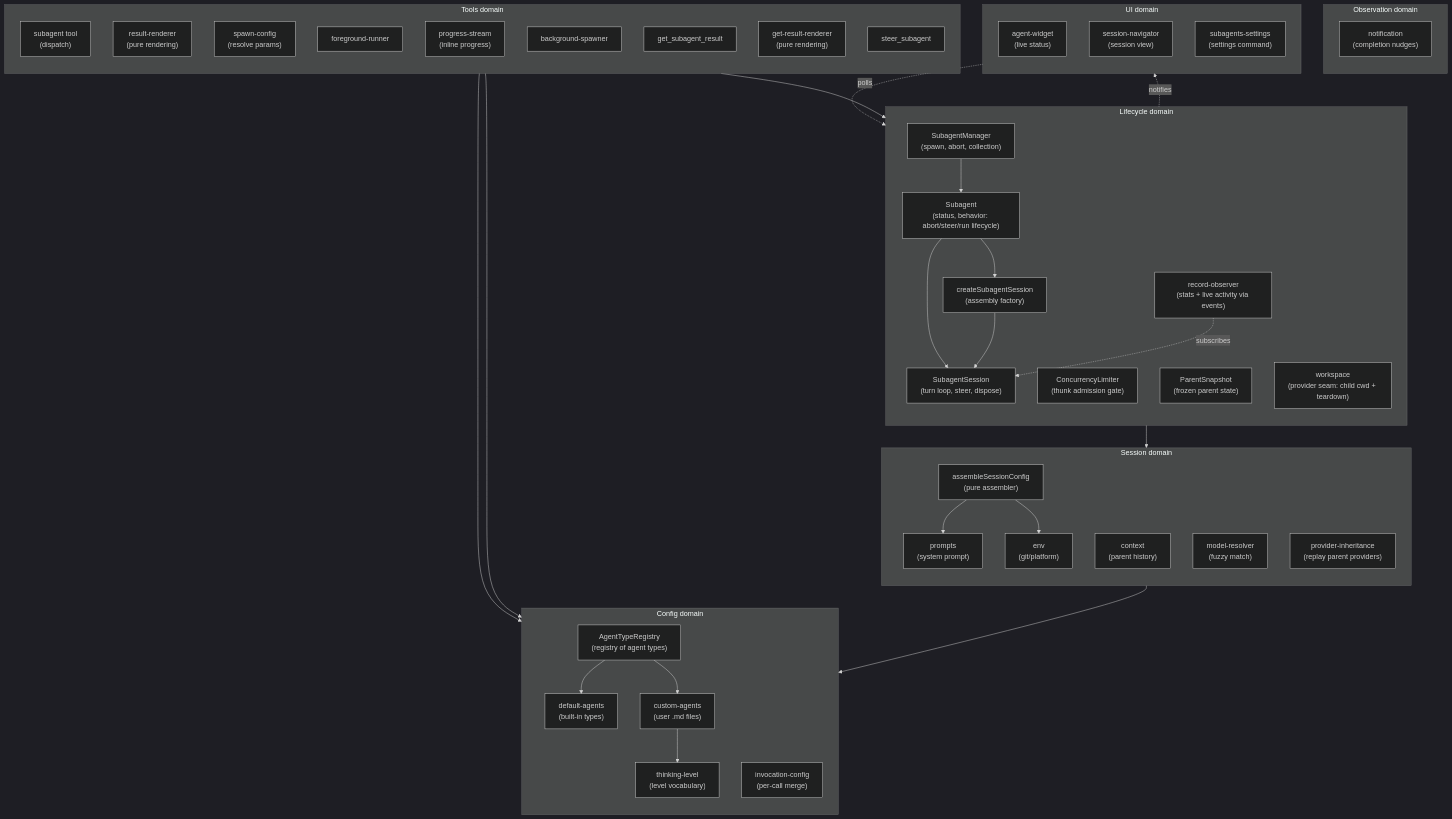
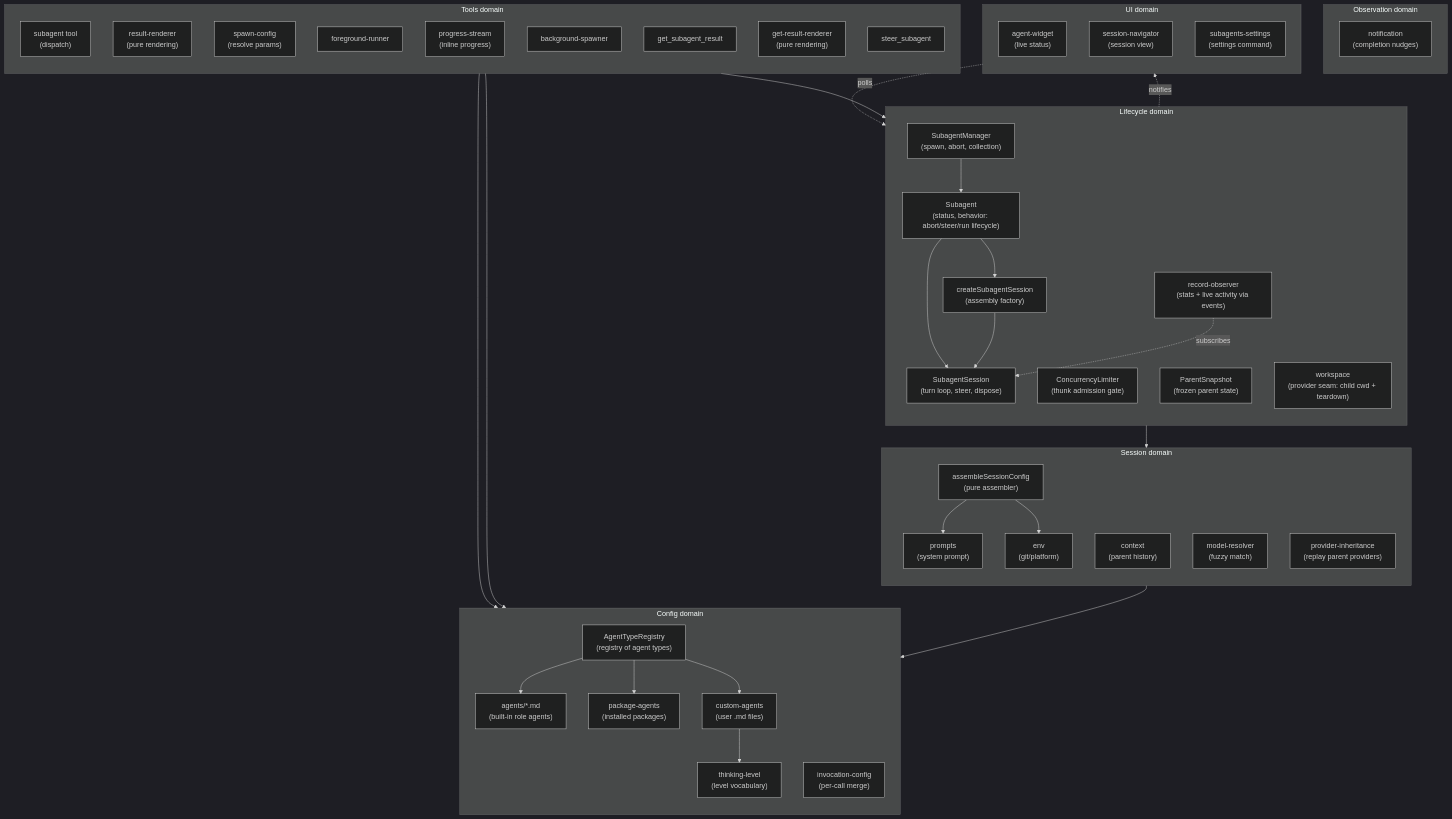
Before and after one commit to ttdua/pi-subagents: the first of 6 diagrams in docs/architecture/architecture.md, drawn with Mermaid (dark theme). The commit also changed other lines of this file and 59 other files, not shown here.

First line of the commit message:
feat(executor-agent-registry): builtin-role-agents (#92)

````diff
--- a/docs/architecture/architecture.md
+++ b/docs/architecture/architecture.md
@@ -67,72 +67,73 @@
 ```mermaid
 flowchart TB
     subgraph config["Config domain"]
         direction TB
         AgentTypeRegistry["AgentTypeRegistry<br/>(registry of agent types)"]
-        DefaultAgents["default-agents<br/>(built-in types)"]
+        BuiltinAgents["agents/*.md<br/>(built-in role agents)"]
+        PackageAgents["package-agents<br/>(installed packages)"]
         CustomAgents["custom-agents<br/>(user .md files)"]
         InvocationConfig["invocation-config<br/>(per-call merge)"]
         ThinkingLevelModule["thinking-level<br/>(level vocabulary)"]
     end
 
     subgraph session["Session domain"]
         direction TB
         SessionConfig["assembleSessionConfig<br/>(pure assembler)"]
         Prompts["prompts<br/>(system prompt)"]
         Context["context<br/>(parent history)"]
         Env["env<br/>(git/platform)"]
         ModelResolver["model-resolver<br/>(fuzzy match)"]
         ProviderInheritance["provider-inheritance<br/>(replay parent providers)"]
     end
 
     subgraph lifecycle["Lifecycle domain"]
         direction TB
         SubagentManager["SubagentManager<br/>(spawn, abort, collection)"]
         ConcurrencyLimiter["ConcurrencyLimiter<br/>(thunk admission gate)"]
         CreateSubagentSession["createSubagentSession<br/>(assembly factory)"]
         SubagentSession["SubagentSession<br/>(turn loop, steer, dispose)"]
         Subagent["Subagent<br/>(status, behavior: abort/steer/run lifecycle)"]
         ParentSnapshot["ParentSnapshot<br/>(frozen parent state)"]
         Workspace["workspace<br/>(provider seam: child cwd + teardown)"]
         RecordObserver["record-observer<br/>(stats + live activity via events)"]
     end
 
     subgraph observation["Observation domain"]
         direction TB
         Notification["notification<br/>(completion nudges)"]
     end
 
     subgraph tools["Tools domain"]
         direction TB
         AgentTool["subagent tool<br/>(dispatch)"]
         ResultRenderer["result-renderer<br/>(pure rendering)"]
         SpawnConfig["spawn-config<br/>(resolve params)"]
         FgRunner["foreground-runner"]
         ProgressStream["progress-stream<br/>(inline progress)"]
         BgSpawner["background-spawner"]
         GetResult["get_subagent_result"]
         GetResultRenderer["get-result-renderer<br/>(pure rendering)"]
         Steer["steer_subagent"]
     end
 
     subgraph ui["UI domain"]
         direction TB
         Widget["agent-widget<br/>(live status)"]
         Sessions["session-navigator<br/>(session view)"]
         Settings["subagents-settings<br/>(settings command)"]
     end
 
     AgentTool --> SubagentManager
     SubagentManager --> Subagent
     Subagent --> CreateSubagentSession & SubagentSession
     CreateSubagentSession --> SubagentSession
     CreateSubagentSession --> SessionConfig
     SessionConfig --> AgentTypeRegistry
     SessionConfig --> Prompts & Env
-    AgentTypeRegistry --> DefaultAgents & CustomAgents
+    AgentTypeRegistry --> BuiltinAgents & PackageAgents & CustomAgents
     SpawnConfig --> InvocationConfig & ThinkingLevelModule
     CustomAgents --> ThinkingLevelModule
     RecordObserver -.->|subscribes| SubagentSession
     Widget -.->|polls| SubagentManager
     SubagentManager -.->|notifies| Widget
 ```
````
